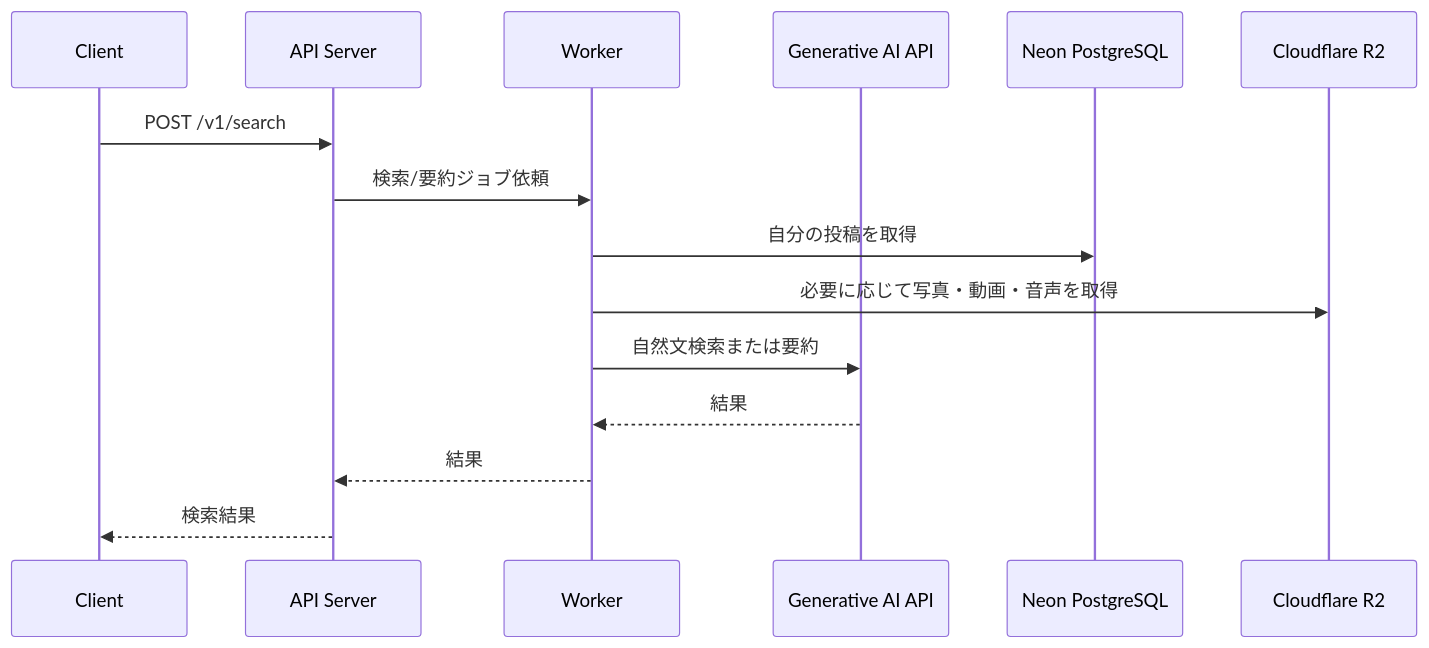
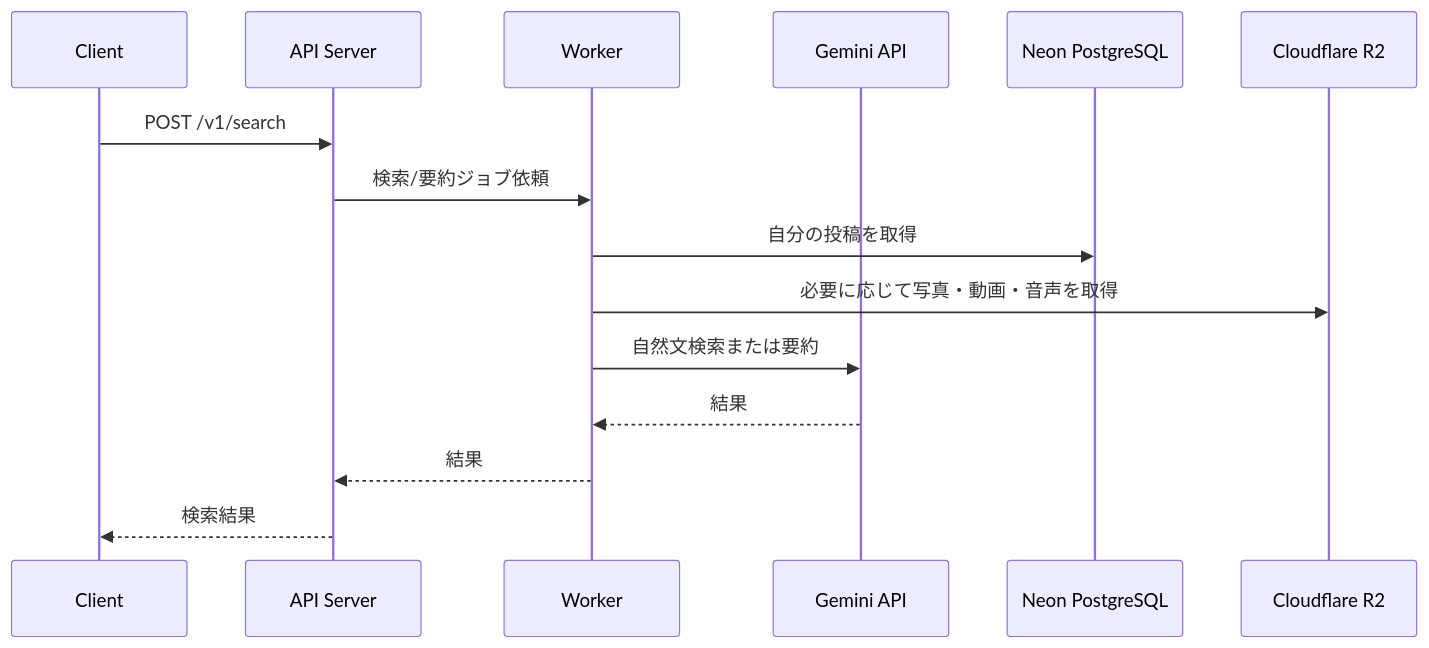
The fifth of 5 diagrams in doc/basic_design/architecture.md (Electric-Sheep-team6/backend), drawn with Mermaid before and after one commit. The commit also changed other lines of this file and 2 other files, not shown here.

````diff
--- a/doc/basic_design/architecture.md
+++ b/doc/basic_design/architecture.md
@@ -109,18 +109,18 @@
 ```mermaid
 sequenceDiagram
   participant C as Client
   participant A as API Server
   participant W as Worker
-  participant AI as Generative AI API
+  participant AI as Gemini API
   participant D as Neon PostgreSQL
   participant S as Cloudflare R2
 
   C->>A: POST /v1/search
   A->>W: 検索/要約ジョブ依頼
   W->>D: 自分の投稿を取得
   W->>S: 必要に応じて写真・動画・音声を取得
   W->>AI: 自然文検索または要約
   AI-->>W: 結果
   W-->>A: 結果
   A-->>C: 検索結果
 ```
````
